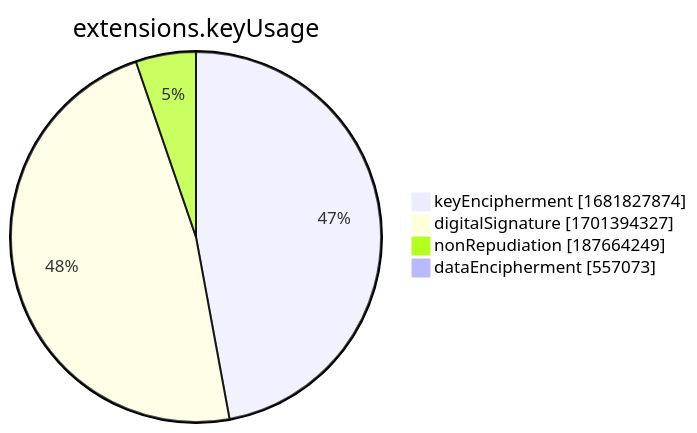
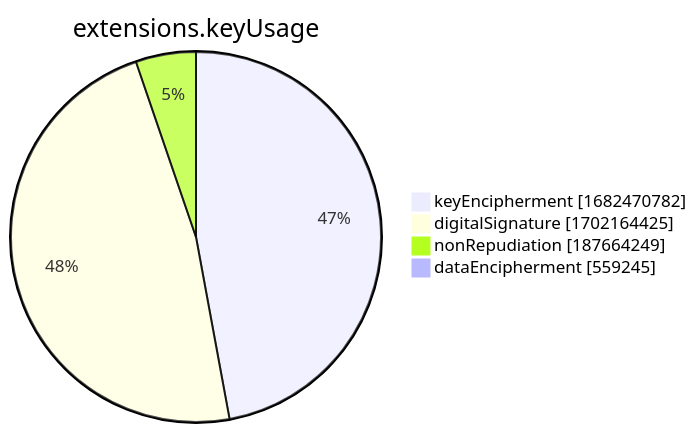
Before and after one commit to christiankrug/ctmonitor_visualization: the seventh of 15 diagrams in xenon2022/README.md, drawn with Mermaid. The commit also changed other lines of this file, not shown here.

````diff
--- a/xenon2022/README.md
+++ b/xenon2022/README.md
@@ -2857,8 +2857,8 @@
 ```mermaid
 pie showData
 title extensions.keyUsage
-"keyEncipherment" :1681827874
-"digitalSignature" :1701394327
+"keyEncipherment" :1682470782
+"digitalSignature" :1702164425
 "nonRepudiation" :187664249
-"dataEncipherment" :557073
+"dataEncipherment" :559245
 ```
````
